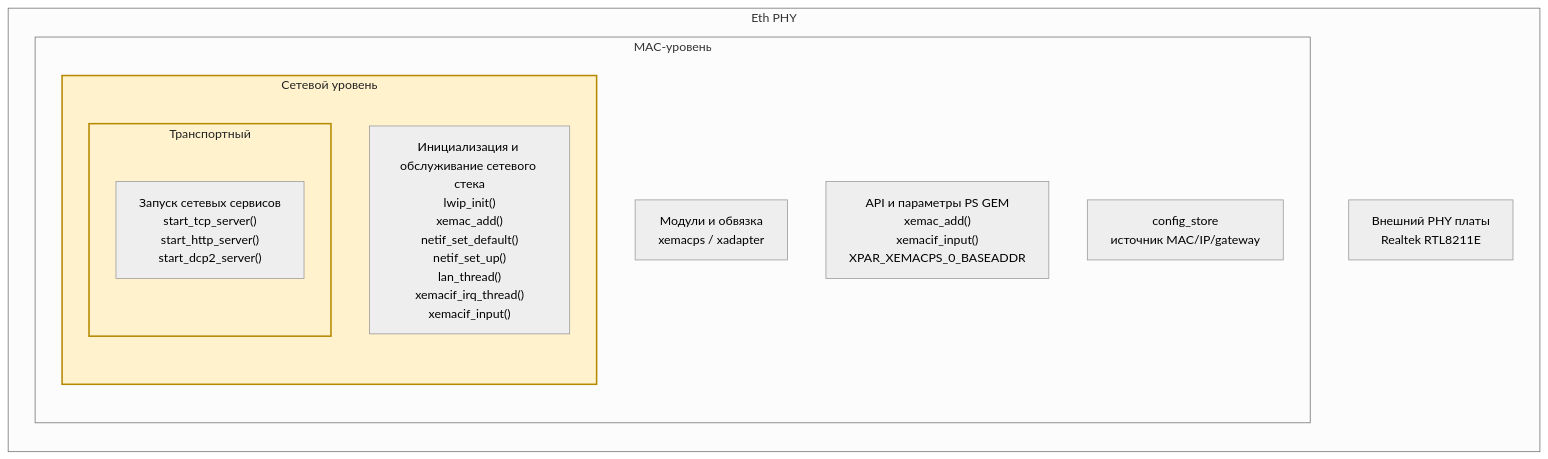
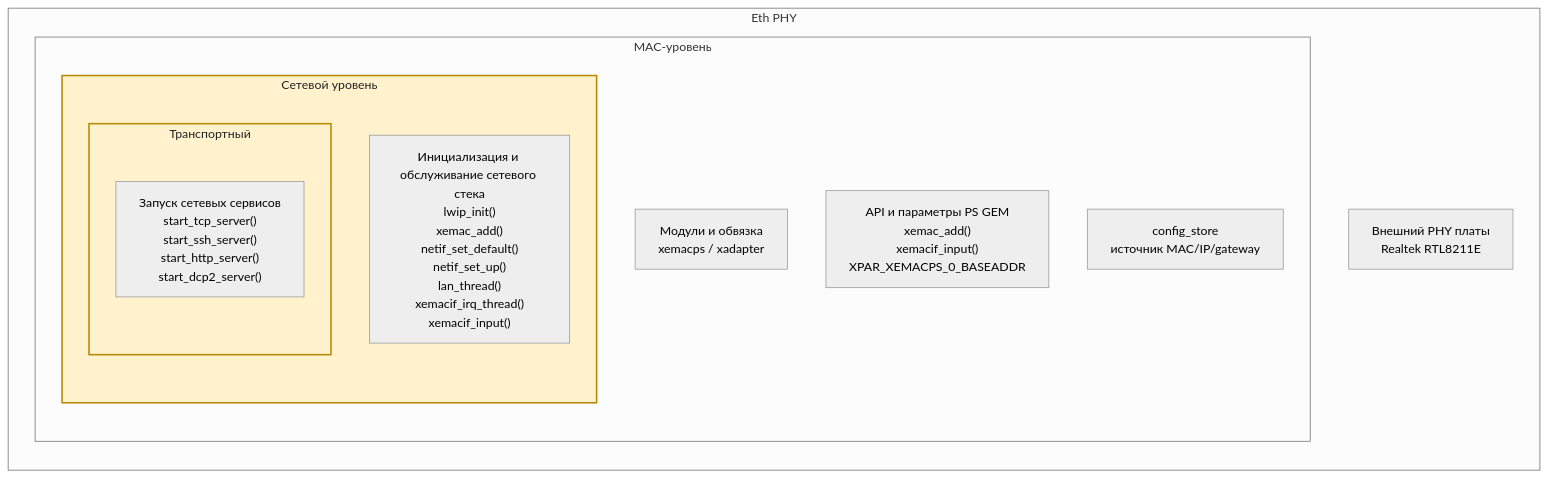
Diagram 19 of 19 in docs/dev/architecture.md (igtrefilov/bvstk), drawn with Mermaid (neutral theme) before and after one commit. The commit also changed other lines of this file and 18 other files, not shown here.

````diff
--- a/docs/dev/architecture.md
+++ b/docs/dev/architecture.md
@@ -1279,27 +1291,27 @@
 ```mermaid
 flowchart TB
     subgraph phy["Eth PHY"]
         direction TB
         phy_hw["Внешний PHY платы<br/>Realtek RTL8211E"]
 
         subgraph mac["MAC-уровень"]
             direction TB
             mac_mod["Модули и обвязка<br/>xemacps / xadapter"]
             mac_fn["API и параметры PS GEM<br/>xemac_add()<br/>xemacif_input()<br/>XPAR_XEMACPS_0_BASEADDR"]
             cfg["config_store<br/>источник MAC/IP/gateway"]
 
             subgraph net["Сетевой уровень"]
                 direction TB
                 net_fn["Инициализация и обслуживание сетевого стека<br/>lwip_init()<br/>xemac_add()<br/>netif_set_default()<br/>netif_set_up()<br/>lan_thread()<br/>xemacif_irq_thread()<br/>xemacif_input()"]
 
                 subgraph upper["Транспортный"]
                     direction TB
-                    upper_fn["Запуск сетевых сервисов<br/>start_tcp_server()<br/>start_http_server()<br/>start_dcp2_server()"]
+                    upper_fn["Запуск сетевых сервисов<br/>start_tcp_server()<br/>start_ssh_server()<br/>start_http_server()<br/>start_dcp2_server()"]
                 end
             end
         end
     end
 
     classDef focus fill:#fff2cc,stroke:#b58900,stroke-width:2px,color:#222;
     class net,upper focus;
 ```
````
